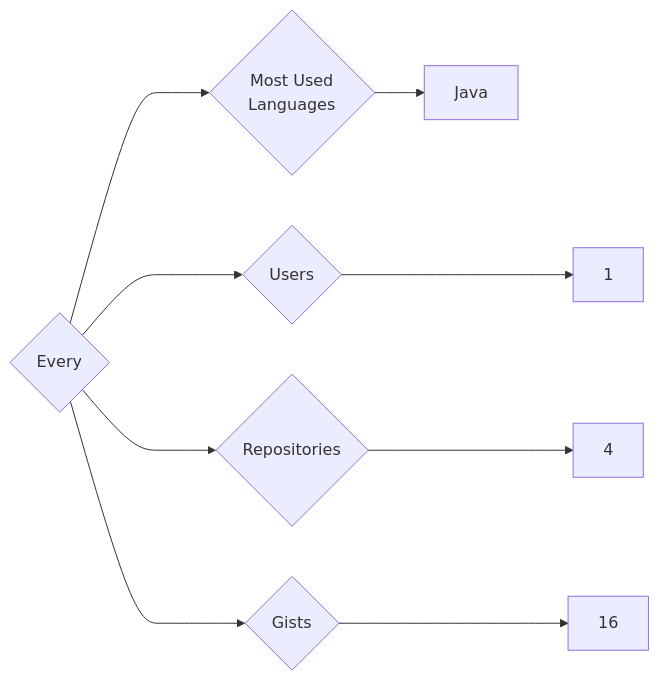
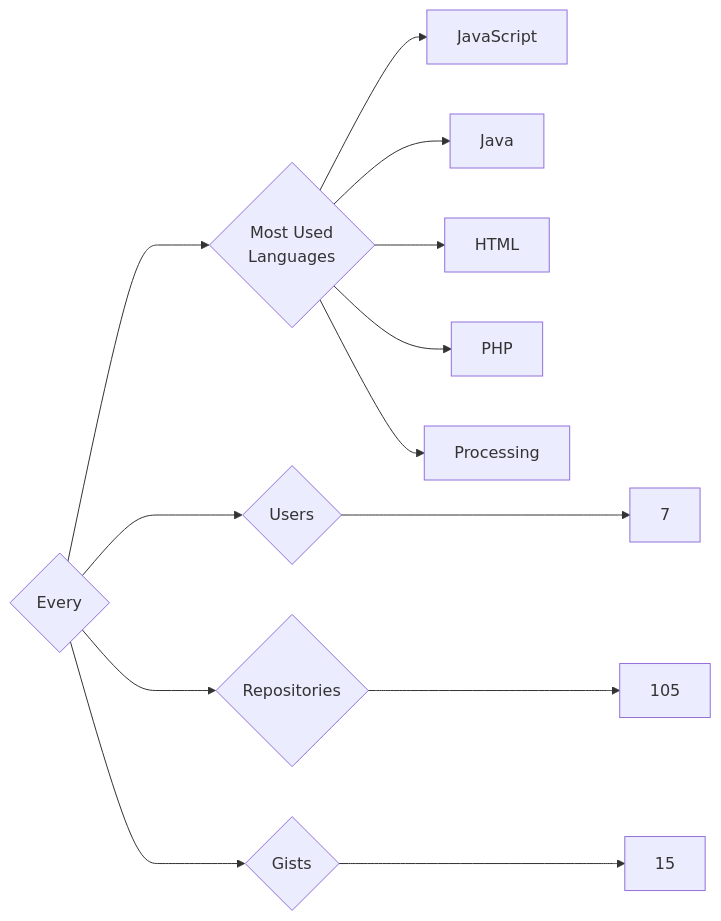
One commit to trickest/insiders changed the diagram in targets/Every/README.md. Above: the diagram before and after it, drawn with Mermaid. The commit also changed 934 other files, not shown here.

````diff
--- a/targets/Every/README.md
+++ b/targets/Every/README.md
@@ -3,9 +3,13 @@
 ```mermaid
 graph LR
 COMPANY_NAME{Every}
-COMPANY_NAME ---> U{Users} ---> UN[1]
-COMPANY_NAME ---> R{Repositories} ---> RN[4]
-COMPANY_NAME ---> G{Gists} ---> GN[16]
+COMPANY_NAME ---> U{Users} ---> UN[7]
+COMPANY_NAME ---> R{Repositories} ---> RN[105]
+COMPANY_NAME ---> G{Gists} ---> GN[15]
 COMPANY_NAME ---> ML{Most Used<br>Languages}
+ML --> JavaScript[JavaScript]
 ML --> Java[Java]
+ML --> HTML[HTML]
+ML --> PHP[PHP]
+ML --> Processing[Processing]
 ```
````
